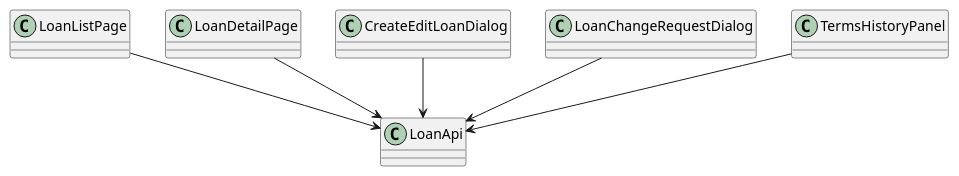
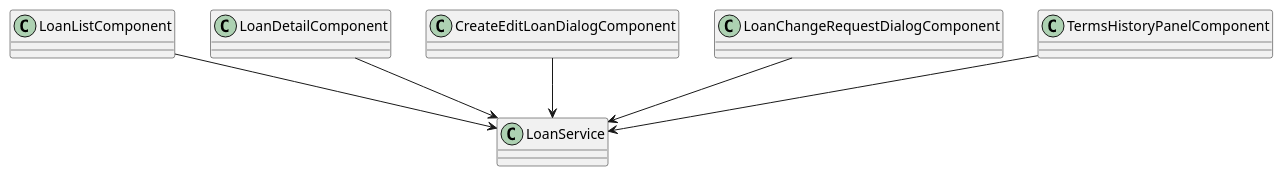
Before and after one commit to QuinntyneBrown/LendQ: the diagram in docs/detailed-designs/diagrams/plantuml/fe_class_loan.puml, drawn with PlantUML. The commit also changed 310 other files, not shown here.

```diff
--- a/docs/detailed-designs/diagrams/plantuml/fe_class_loan.puml
+++ b/docs/detailed-designs/diagrams/plantuml/fe_class_loan.puml
@@ -1,15 +1,15 @@
 @startuml
 skinparam classAttributeIconSize 0
-class LoanListPage
-class LoanDetailPage
-class CreateEditLoanDialog
-class LoanChangeRequestDialog
-class TermsHistoryPanel
-class LoanApi
+class LoanListComponent
+class LoanDetailComponent
+class CreateEditLoanDialogComponent
+class LoanChangeRequestDialogComponent
+class TermsHistoryPanelComponent
+class LoanService
 
-LoanListPage --> LoanApi
-LoanDetailPage --> LoanApi
-CreateEditLoanDialog --> LoanApi
-LoanChangeRequestDialog --> LoanApi
-TermsHistoryPanel --> LoanApi
+LoanListComponent --> LoanService
+LoanDetailComponent --> LoanService
+CreateEditLoanDialogComponent --> LoanService
+LoanChangeRequestDialogComponent --> LoanService
+TermsHistoryPanelComponent --> LoanService
 @enduml
```
